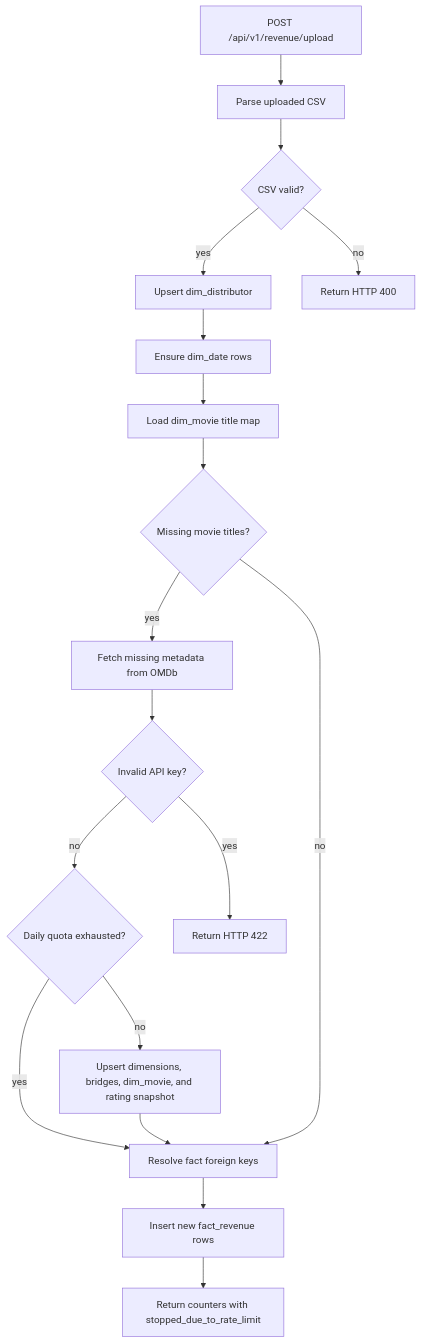
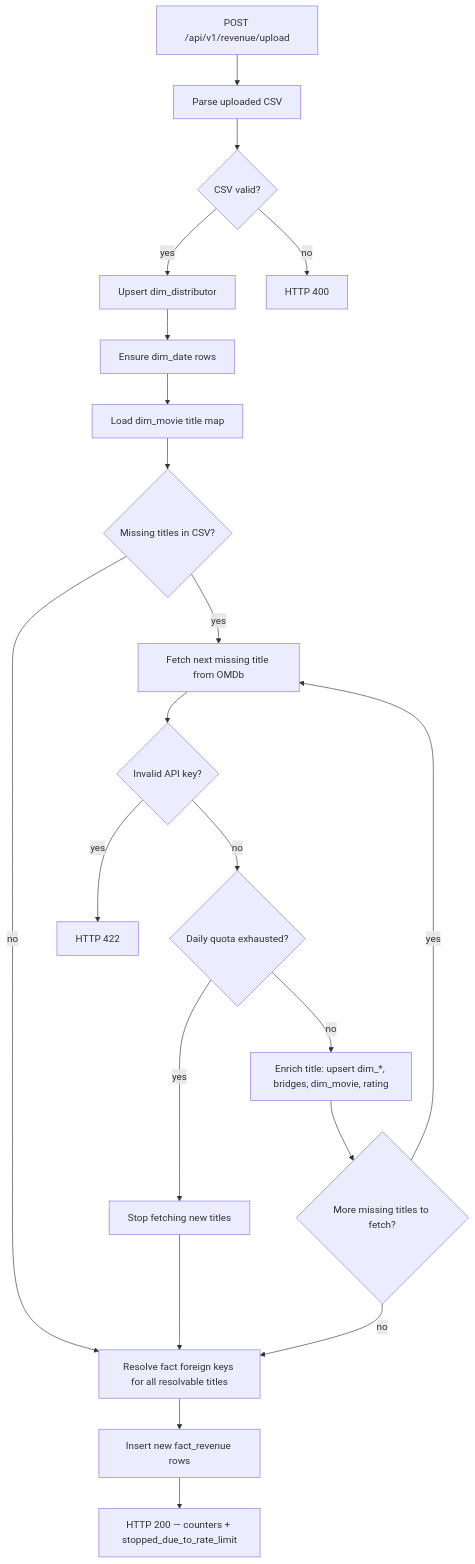
The fourth of 4 diagrams in README.md (MarcinKurek4/FM), drawn with Mermaid before and after one commit. The commit also changed other lines of this file and 10 other files, not shown here.

````diff
--- a/README.md
+++ b/README.md
@@ -402,37 +483,42 @@
 ```mermaid
 flowchart TD
     Request["POST /api/v1/revenue/upload"]
     Parse["Parse uploaded CSV"]
     ValidCsv{"CSV valid?"}
     UpsertDistributors["Upsert dim_distributor"]
     EnsureDates["Ensure dim_date rows"]
     LoadTitleMap["Load dim_movie title map"]
-    MissingTitles{"Missing movie titles?"}
-    FetchMissing["Fetch missing metadata from OMDb"]
+    MissingTitles{"Missing titles in CSV?"}
+    FetchMissing["Fetch next missing title from OMDb"]
     FatalError{"Invalid API key?"}
     RateLimit{"Daily quota exhausted?"}
-    PersistMaster["Upsert dimensions, bridges, dim_movie, and rating snapshot"]
-    ResolveFacts["Resolve fact foreign keys"]
+    StopFetchTitles["Stop fetching new titles"]
+    PersistMaster["Enrich title: upsert dim_*, bridges, dim_movie, rating"]
+    MoreMissing{"More missing titles to fetch?"}
+    ResolveFacts["Resolve fact foreign keys for all resolvable titles"]
     InsertFacts["Insert new fact_revenue rows"]
-    Response["Return counters with stopped_due_to_rate_limit"]
-    Error400["Return HTTP 400"]
-    Error422["Return HTTP 422"]
+    Response200["HTTP 200 — counters + stopped_due_to_rate_limit"]
+    Error400["HTTP 400"]
+    Error422["HTTP 422"]
 
     Request --> Parse
     Parse --> ValidCsv
     ValidCsv -- no --> Error400
     ValidCsv -- yes --> UpsertDistributors
     UpsertDistributors --> EnsureDates
     EnsureDates --> LoadTitleMap
     LoadTitleMap --> MissingTitles
+    MissingTitles -- no --> ResolveFacts
     MissingTitles -- yes --> FetchMissing
     FetchMissing --> FatalError
     FatalError -- yes --> Error422
     FatalError -- no --> RateLimit
-    RateLimit -- yes --> ResolveFacts
+    RateLimit -- yes --> StopFetchTitles
+    StopFetchTitles --> ResolveFacts
     RateLimit -- no --> PersistMaster
-    PersistMaster --> ResolveFacts
-    MissingTitles -- no --> ResolveFacts
+    PersistMaster --> MoreMissing
+    MoreMissing -- yes --> FetchMissing
+    MoreMissing -- no --> ResolveFacts
     ResolveFacts --> InsertFacts
-    InsertFacts --> Response
+    InsertFacts --> Response200
 ```
````
